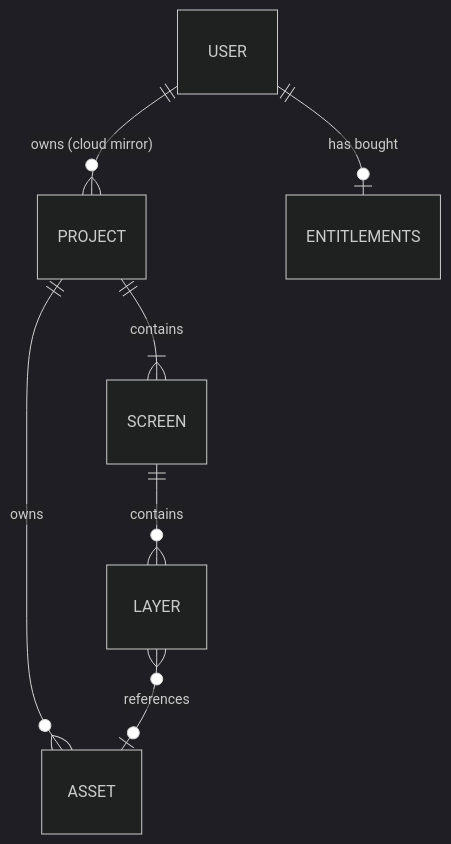
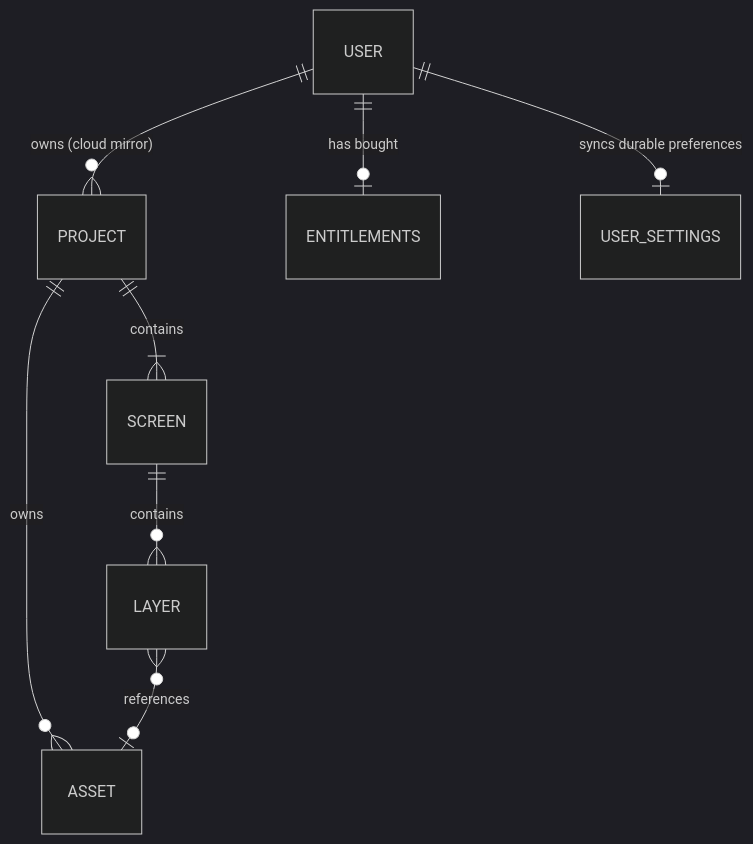
One commit to neogenz/screenforge changed the diagram in aidd_docs/memory/database.md. Above: the diagram before and after it, drawn with Mermaid (dark theme). The commit also changed other lines of this file and 15 other files, not shown here.

````diff
--- a/aidd_docs/memory/database.md
+++ b/aidd_docs/memory/database.md
@@ -11,9 +11,10 @@
 ```mermaid
 erDiagram
     PROJECT ||--|{ SCREEN : contains
     PROJECT ||--o{ ASSET : owns
     SCREEN ||--o{ LAYER : contains
     LAYER }o--o| ASSET : references
     USER ||--o{ PROJECT : "owns (cloud mirror)"
     USER ||--o| ENTITLEMENTS : "has bought"
+    USER ||--o| USER_SETTINGS : "syncs durable preferences"
 ```
````
